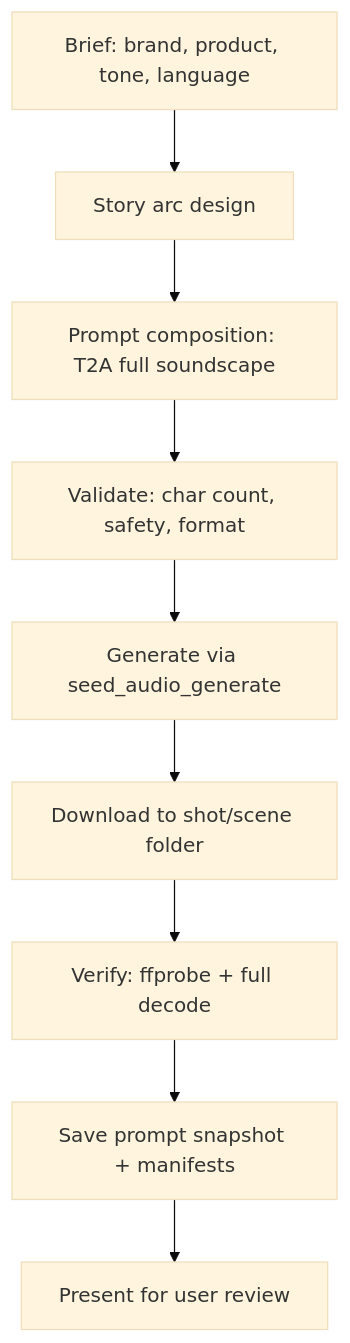
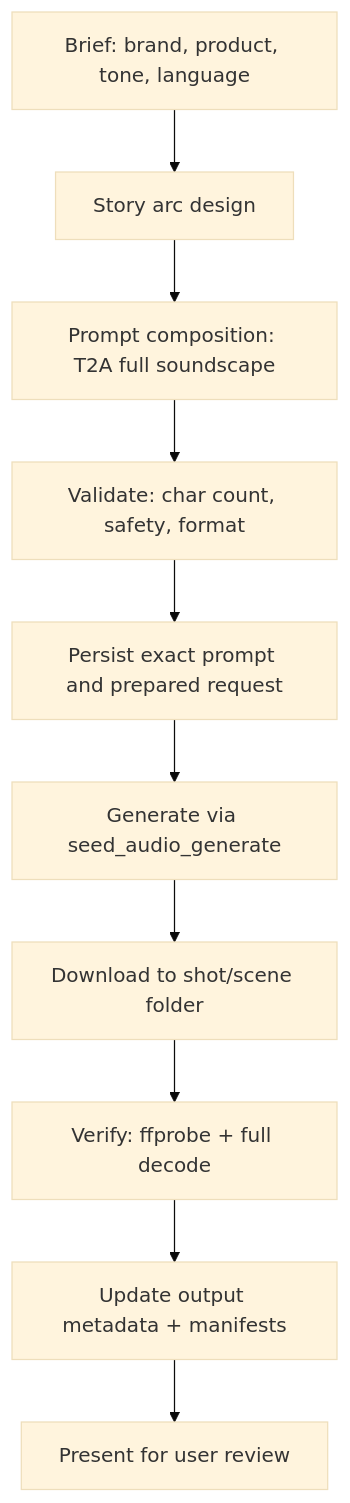
The first of 2 diagrams in .agents/skills/seed-audio-commercial/SKILL.md (ArthurReimus-ByteDance/ark-director), drawn with Mermaid (base theme) before and after one commit. The commit also changed other lines of this file and 198 other files, not shown here.

````diff
--- a/.agents/skills/seed-audio-commercial/SKILL.md
+++ b/.agents/skills/seed-audio-commercial/SKILL.md
@@ -55,11 +81,12 @@
 ```mermaid
 flowchart TD
   G[Brief: brand, product, tone, language] --> H[Story arc design]
   H --> P[Prompt composition: T2A full soundscape]
   P --> V[Validate: char count, safety, format]
-  V --> S[Generate via seed_audio_generate]
+  V --> PERSIST[Persist exact prompt and prepared request]
+  PERSIST --> S[Generate via seed_audio_generate]
   S --> D[Download to shot/scene folder]
   D --> Q[Verify: ffprobe + full decode]
-  Q --> M[Save prompt snapshot + manifests]
+  Q --> M[Update output metadata + manifests]
   M --> R[Present for user review]
 ```
````
